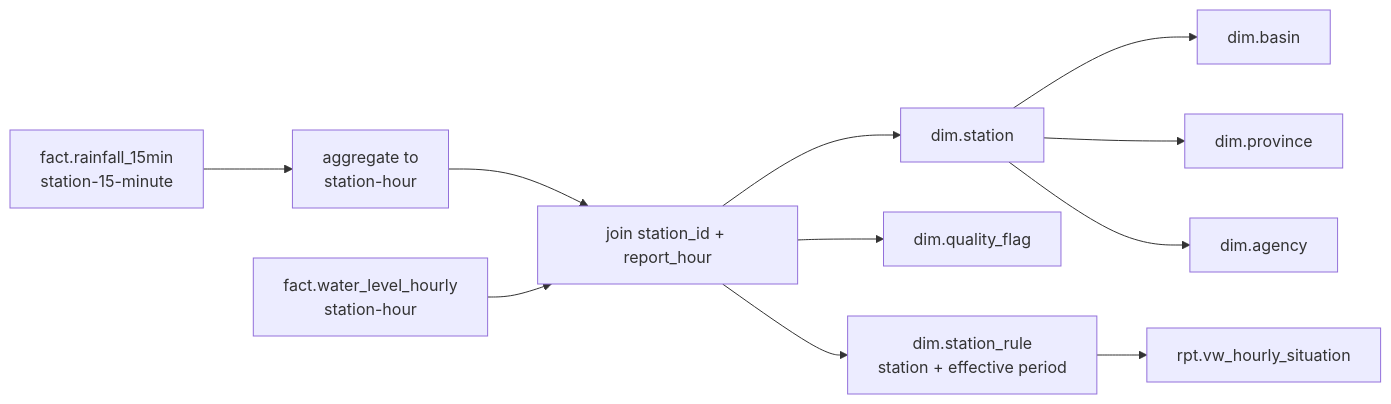
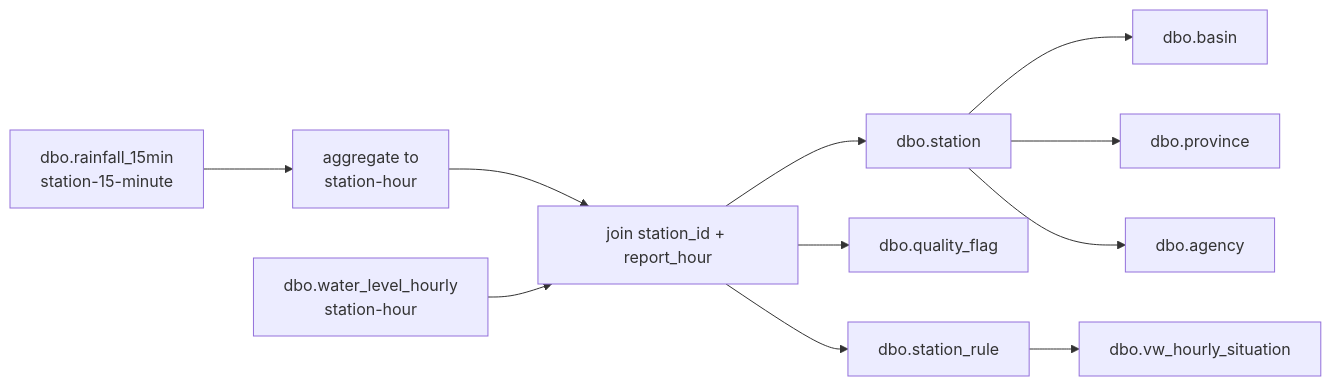
The second of 2 diagrams in rag/erd.md (aekanun2020/thaiwater), drawn with Mermaid before and after one commit. The commit also changed other lines of this file and 9 other files, not shown here.

````diff
--- a/rag/erd.md
+++ b/rag/erd.md
@@ -100,13 +76,13 @@
 ```mermaid
 flowchart LR
-    R["fact.rainfall_15min\nstation-15-minute"] --> AGG["aggregate to\nstation-hour"]
+    R["dbo.rainfall_15min\nstation-15-minute"] --> AGG["aggregate to\nstation-hour"]
     AGG --> J["join station_id + report_hour"]
-    W["fact.water_level_hourly\nstation-hour"] --> J
-    J --> S["dim.station"]
-    S --> B["dim.basin"]
-    S --> P["dim.province"]
-    S --> A["dim.agency"]
-    J --> Q["dim.quality_flag"]
-    J --> SR["dim.station_rule\nstation + effective period"]
-    SR --> V["rpt.vw_hourly_situation"]
+    W["dbo.water_level_hourly\nstation-hour"] --> J
+    J --> S["dbo.station"]
+    S --> B["dbo.basin"]
+    S --> P["dbo.province"]
+    S --> A["dbo.agency"]
+    J --> Q["dbo.quality_flag"]
+    J --> SR["dbo.station_rule"]
+    SR --> V["dbo.vw_hourly_situation"]
 ```
````
